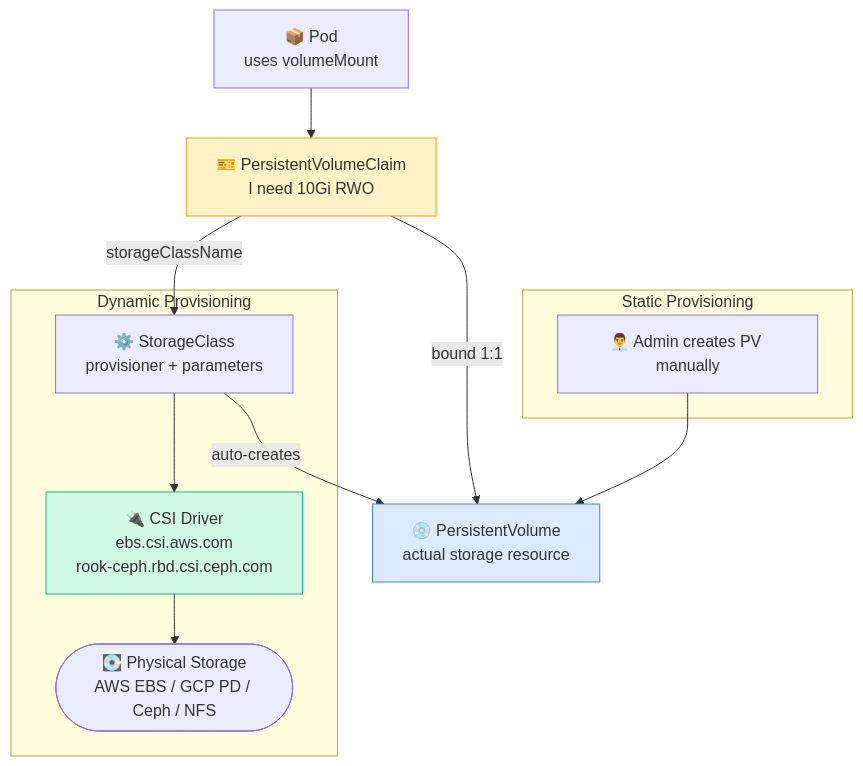
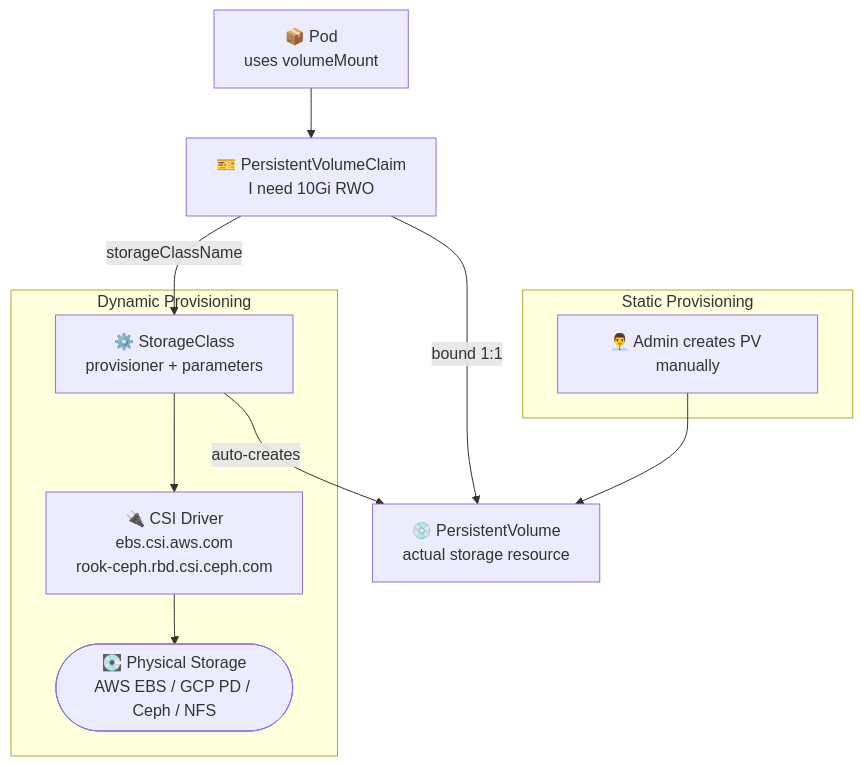
The first of 5 diagrams in content/cka/07-storage-pv-pvc-storageclass-volumes/overview/overview.md (Gautam4424/k8slearn-content), drawn with Mermaid before and after one commit. The commit also changed other lines of this file and 40 other files, not shown here.

Commit message:
chore: fix mermaid style regex

````diff
--- a/content/cka/07-storage-pv-pvc-storageclass-volumes/overview/overview.md
+++ b/content/cka/07-storage-pv-pvc-storageclass-volumes/overview/overview.md
@@ -296,27 +296,23 @@
 ```mermaid
 flowchart TD
     POD["📦 Pod\nuses volumeMount"]
     PVC["🎫 PersistentVolumeClaim\nI need 10Gi RWO"]
     PV["💿 PersistentVolume\nactual storage resource"]
     SC["⚙️ StorageClass\nprovisioner + parameters"]
     CSI["🔌 CSI Driver\nebs.csi.aws.com\nrook-ceph.rbd.csi.ceph.com"]
     DISK(["💽 Physical Storage\nAWS EBS / GCP PD / Ceph / NFS"])
 
     subgraph STATIC["Static Provisioning"]
         ADM["👨‍💼 Admin creates PV manually"]
     end
 
     subgraph DYNAMIC["Dynamic Provisioning"]
         SC --> CSI --> DISK
     end
 
     POD --> PVC
     PVC -->|"bound 1:1"| PV
     ADM --> PV
     PVC -->|storageClassName| SC
     SC -->|auto-creates| PV
-
-    style PVC fill:#fef3c7,stroke:#f59e0b
-    style PV fill:#dbeafe,stroke:#3b82f6
-    style CSI fill:#d1fae5,stroke:#10b981
 ```
````
